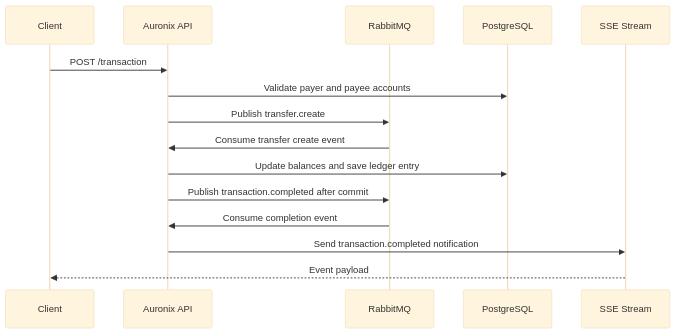
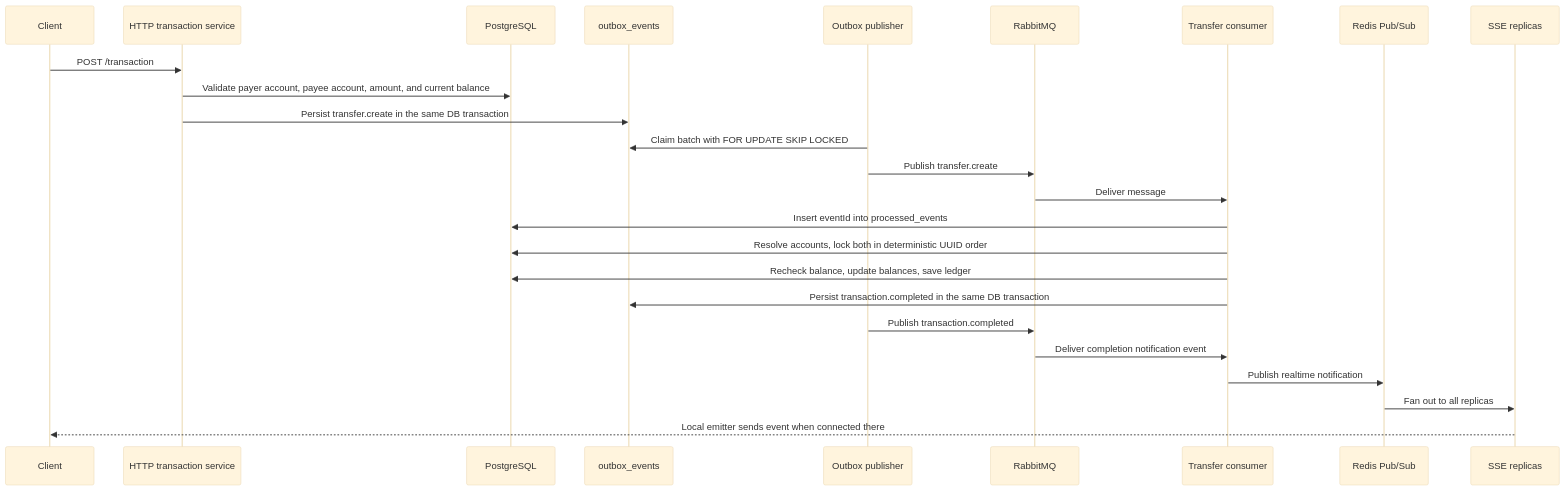
Before and after one commit to Joaopdiasventura/Auronix-server: the second of 3 diagrams in docs/en/architecture/README.md, drawn with Mermaid (base theme). The commit also changed other lines of this file and 23 other files, not shown here.

Commit message:
docs: update documentation to enhance project description and architecture details

````diff
--- a/docs/en/architecture/README.md
+++ b/docs/en/architecture/README.md
@@ -34,17 +28,27 @@
 ```mermaid
 sequenceDiagram
     participant C as Client
-    participant API as Auronix API
+    participant API as HTTP transaction service
+    participant PG as PostgreSQL
+    participant OB as outbox_events
+    participant PUB as Outbox publisher
     participant MQ as RabbitMQ
-    participant DB as PostgreSQL
-    participant SSE as SSE Stream
+    participant CON as Transfer consumer
+    participant REDIS as Redis Pub/Sub
+    participant SSE as SSE replicas
     C->>API: POST /transaction
-    API->>DB: Validate payer and payee accounts
-    API->>MQ: Publish transfer.create
-    MQ->>API: Consume transfer create event
-    API->>DB: Update balances and save ledger entry
-    API->>MQ: Publish transaction.completed after commit
-    MQ->>API: Consume completion event
-    API->>SSE: Send transaction.completed notification
-    SSE-->>C: Event payload
+    API->>PG: Validate payer account, payee account, amount, and current balance
+    API->>OB: Persist transfer.create in the same DB transaction
+    PUB->>OB: Claim batch with FOR UPDATE SKIP LOCKED
+    PUB->>MQ: Publish transfer.create
+    MQ->>CON: Deliver message
+    CON->>PG: Insert eventId into processed_events
+    CON->>PG: Resolve accounts, lock both in deterministic UUID order
+    CON->>PG: Recheck balance, update balances, save ledger
+    CON->>OB: Persist transaction.completed in the same DB transaction
+    PUB->>MQ: Publish transaction.completed
+    MQ->>CON: Deliver completion notification event
+    CON->>REDIS: Publish realtime notification
+    REDIS->>SSE: Fan out to all replicas
+    SSE-->>C: Local emitter sends event when connected there
 ```
````
